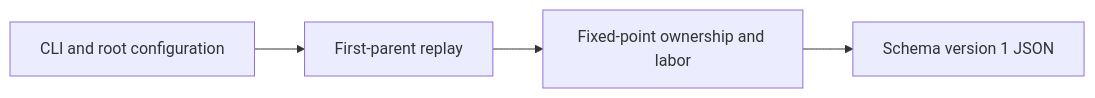
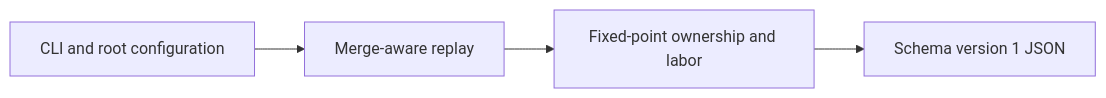
The diagram in docs/json.md (avhn/git-credit), drawn with Mermaid before and after one commit. The commit also changed other lines of this file and 3 other files, not shown here.

Commit message:
docs: describe merge-aware replay and walk modes

````diff
--- a/docs/json.md
+++ b/docs/json.md
@@ -3,6 +3,6 @@
 ```mermaid
 flowchart LR
-    Policy[CLI and root configuration] --> Replay[First-parent replay]
+    Policy[CLI and root configuration] --> Replay[Merge-aware replay]
     Replay --> Credit[Fixed-point ownership and labor]
     Credit --> JSON[Schema version 1 JSON]
 ```
````
